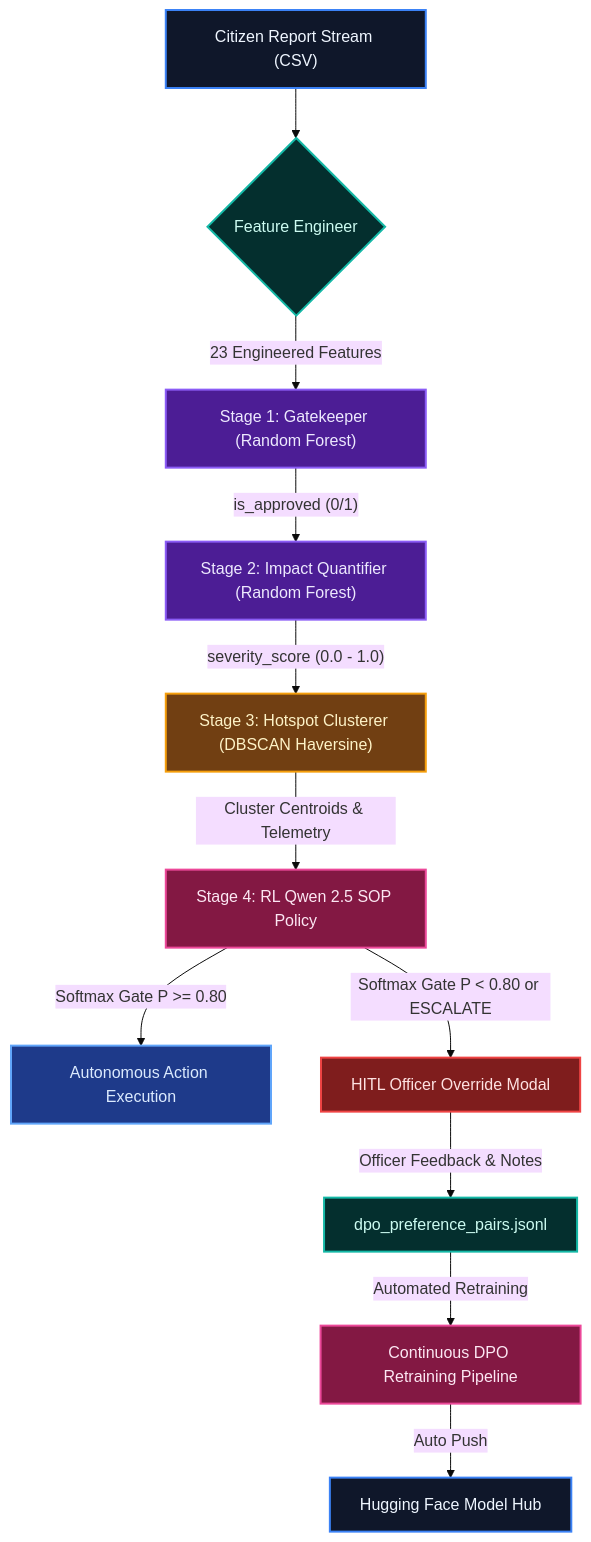
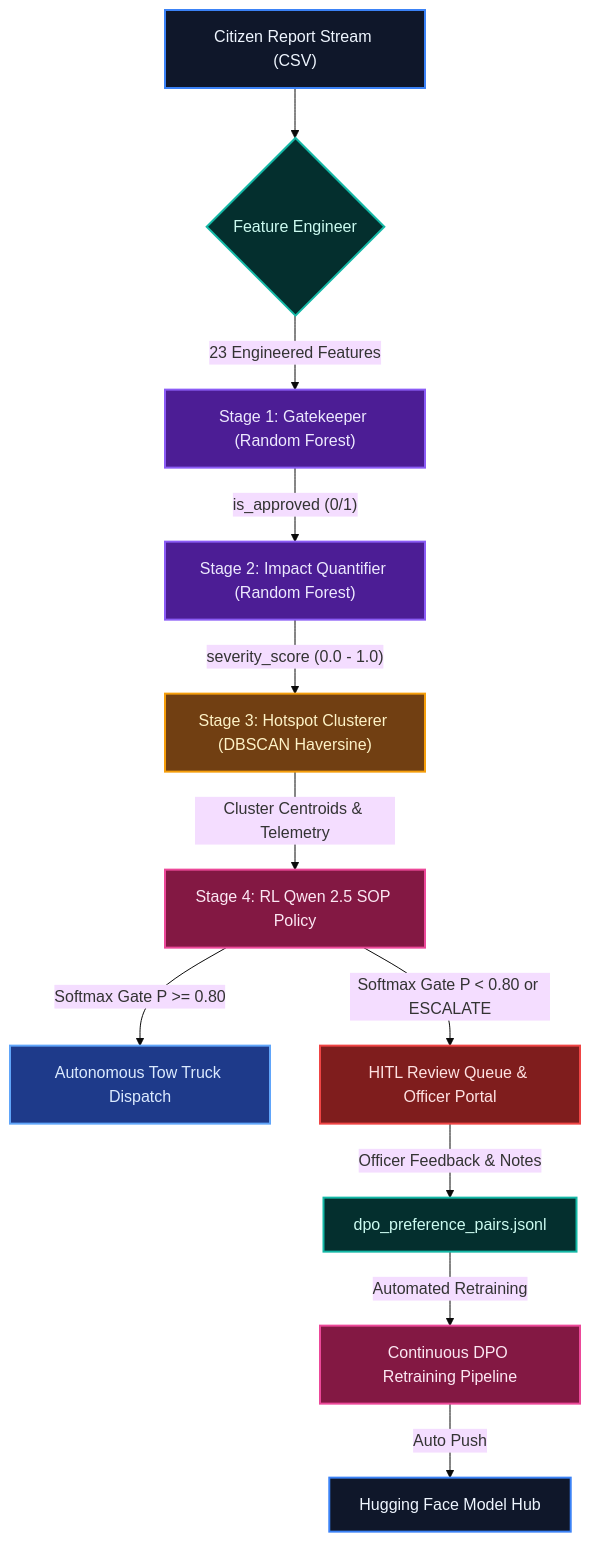
The diagram in README.md (HamzaDevv/Traffic_congestion), drawn with Mermaid (base theme) before and after one commit. The commit also changed other lines of this file and 1 other file, not shown here.

Commit message:
docs: update README and PROJECT_SUMMARY with HITL queue and tow truck map dispatches

````diff
--- a/README.md
+++ b/README.md
@@ -11,24 +11,24 @@
 ```mermaid
 graph TD
     classDef default fill:#1e293b,stroke:#475569,stroke-width:2px,color:#f8fafc;
     classDef input fill:#0f172a,stroke:#3b82f6,stroke-width:2px,color:#eff6ff;
     classDef feature fill:#042f2e,stroke:#14b8a6,stroke-width:2px,color:#ccfbf1;
     classDef ml fill:#4c1d95,stroke:#8b5cf6,stroke-width:2px,color:#ede9fe;
     classDef cluster fill:#713f12,stroke:#f59e0b,stroke-width:2px,color:#fef3c7;
     classDef rl fill:#831843,stroke:#ec4899,stroke-width:2px,color:#fce7f3;
     classDef ui fill:#7f1d1d,stroke:#ef4444,stroke-width:2px,color:#fee2e2;
     classDef api fill:#1e3a8a,stroke:#60a5fa,stroke-width:2px,color:#dbeafe;
 
     A["Citizen Report Stream (CSV)"]:::input --> B{"Feature Engineer"}:::feature
     B -->|"23 Engineered Features"| C["Stage 1: Gatekeeper (Random Forest)"]:::ml
     C -->|"is_approved (0/1)"| D["Stage 2: Impact Quantifier (Random Forest)"]:::ml
     D -->|"severity_score (0.0 - 1.0)"| E["Stage 3: Hotspot Clusterer (DBSCAN Haversine)"]:::cluster
     E -->|"Cluster Centroids & Telemetry"| F["Stage 4: RL Qwen 2.5 SOP Policy"]:::rl
 
-    F -->|"Softmax Gate P >= 0.80"| G["Autonomous Action Execution"]:::api
-    F -->|"Softmax Gate P < 0.80 or ESCALATE"| H["HITL Officer Override Modal"]:::ui
+    F -->|"Softmax Gate P >= 0.80"| G["Autonomous Tow Truck Dispatch"]:::api
+    F -->|"Softmax Gate P < 0.80 or ESCALATE"| H["HITL Review Queue & Officer Portal"]:::ui
 
     H -->|"Officer Feedback & Notes"| I["dpo_preference_pairs.jsonl"]:::feature
     I -->|"Automated Retraining"| J["Continuous DPO Retraining Pipeline"]:::rl
     J -->|"Auto Push"| K["Hugging Face Model Hub"]:::input
 ```
````
